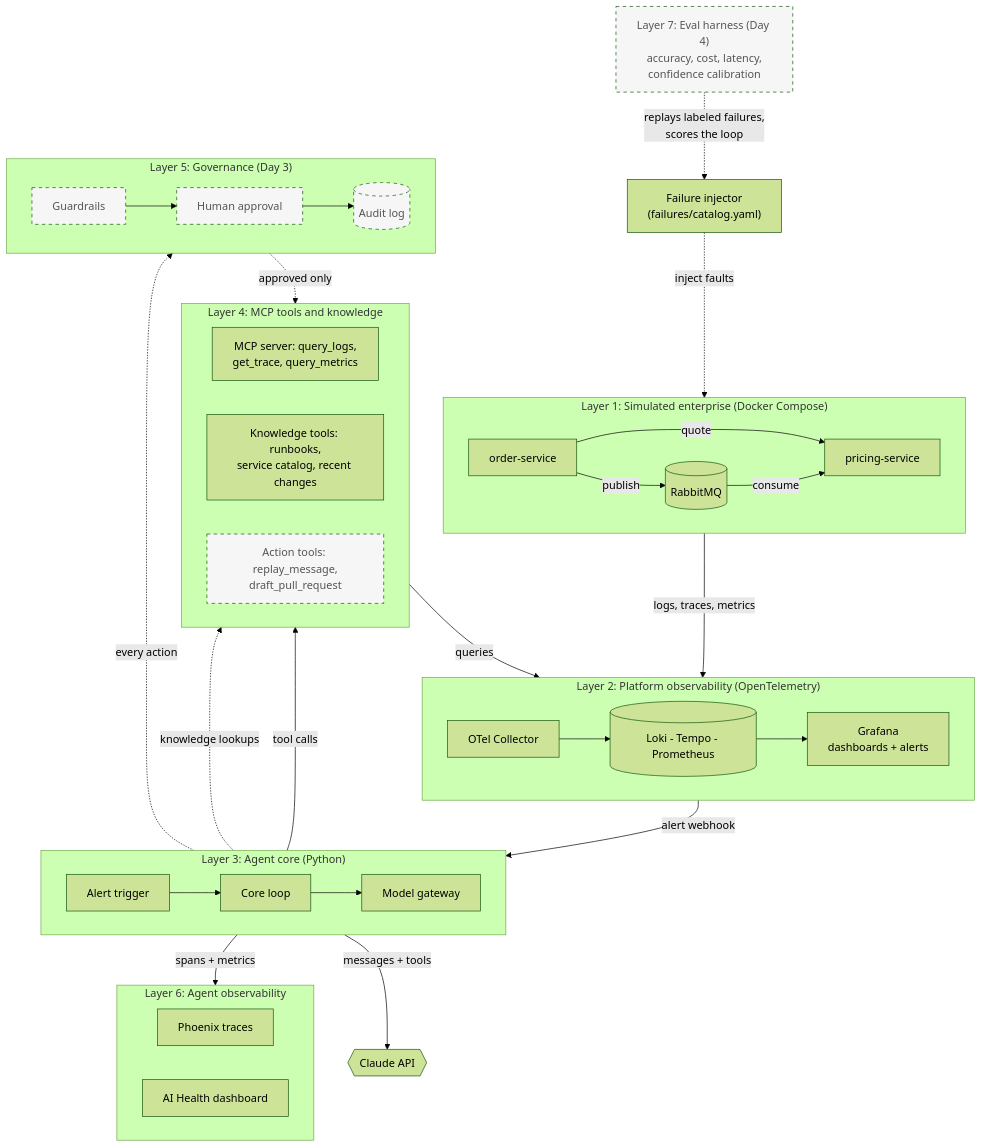
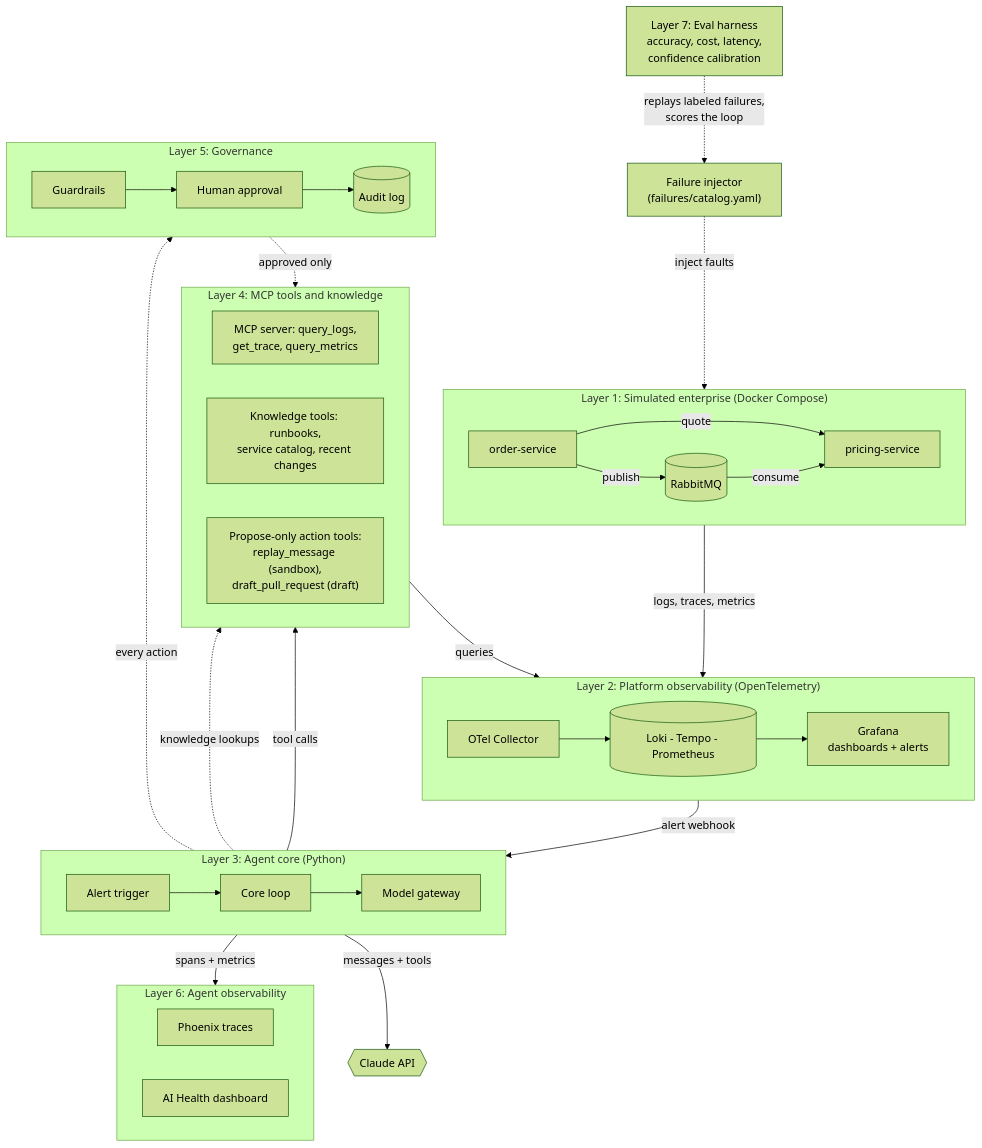
Before and after one commit to ankgupt9/agentic-incident-response: the first of 3 diagrams in docs/architecture.md, drawn with Mermaid (forest theme). The commit also changed other lines of this file and 23 other files, not shown here.

````diff
--- a/docs/architecture.md
+++ b/docs/architecture.md
@@ -9,57 +9,56 @@
 ```mermaid
 flowchart TB
     INJ["Failure injector<br/>(failures/catalog.yaml)"]
 
     subgraph L1["Layer 1: Simulated enterprise (Docker Compose)"]
         direction LR
         ORD["order-service"] -- "quote" --> PRC["pricing-service"]
         ORD -- "publish" --> MQ[("RabbitMQ")]
         MQ -- "consume" --> PRC
     end
 
     subgraph L2["Layer 2: Platform observability (OpenTelemetry)"]
         direction LR
         COL["OTel Collector"] --> STORES[("Loki - Tempo - Prometheus")] --> GRAF["Grafana<br/>dashboards + alerts"]
     end
 
     subgraph L3["Layer 3: Agent core (Python)"]
         direction LR
         SVC["Alert trigger"] --> LOOP["Core loop"] --> GW["Model gateway"]
     end
 
     CLAUDE{{"Claude API"}}
 
     subgraph L4["Layer 4: MCP tools and knowledge"]
         direction LR
         MCP["MCP server: query_logs,<br/>get_trace, query_metrics"]
         KN["Knowledge tools: runbooks,<br/>service catalog, recent changes"]
-        ACT["Action tools: replay_message,<br/>draft_pull_request"]:::planned
+        ACT["Propose-only action tools:<br/>replay_message (sandbox),<br/>draft_pull_request (draft)"]
     end
 
-    subgraph L5["Layer 5: Governance (Day 3)"]
+    subgraph L5["Layer 5: Governance"]
         direction LR
-        GR["Guardrails"]:::planned --> AP["Human approval"]:::planned --> AUD[("Audit log")]:::planned
+        GR["Guardrails"] --> AP["Human approval"] --> AUD[("Audit log")]
     end
 
     subgraph L6["Layer 6: Agent observability"]
         direction LR
         PHX["Phoenix traces"]
         AIH["AI Health dashboard"]
     end
 
-    EVAL["Layer 7: Eval harness (Day 4)<br/>accuracy, cost, latency,<br/>confidence calibration"]:::planned
+    EVAL["Layer 7: Eval harness<br/>accuracy, cost, latency,<br/>confidence calibration"]
 
     INJ -. "inject faults" .-> L1
     L1 -- "logs, traces, metrics" --> L2
     GRAF -- "alert webhook" --> SVC
     GW -- "messages + tools" --> CLAUDE
     LOOP -- "tool calls" --> MCP
     MCP -- "queries" --> STORES
     LOOP -. "every action" .-> GR
     LOOP -. "knowledge lookups" .-> KN
     AP -. "approved only" .-> ACT
     LOOP -- "spans + metrics" --> L6
     EVAL -. "replays labeled failures,<br/>scores the loop" .-> INJ
 
-    classDef planned stroke-dasharray: 5 5,fill:#f6f6f6,color:#555;
 ```
````
